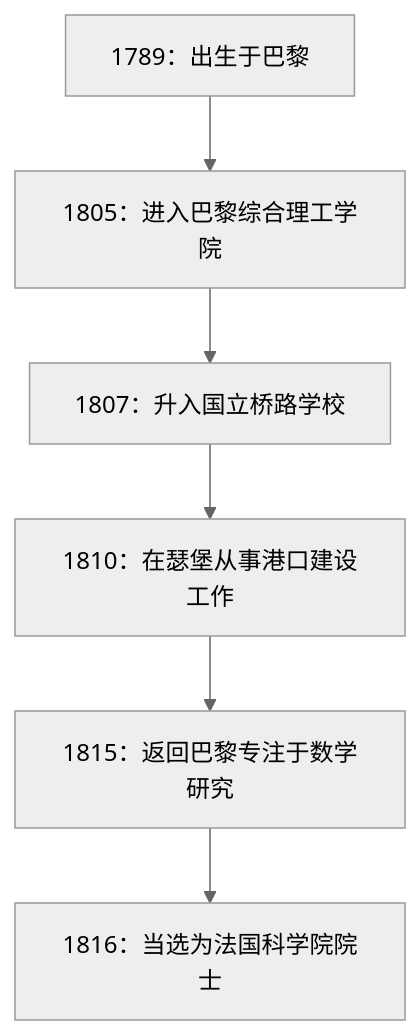
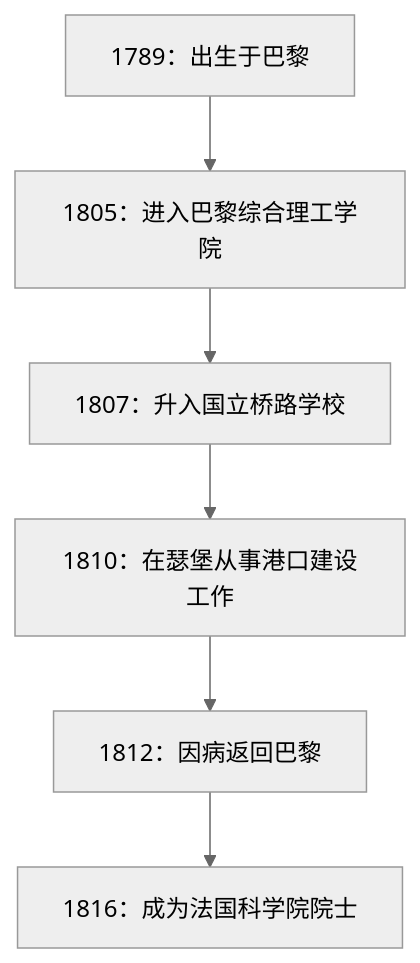
Before and after one commit to kenjinote/blog: the diagram in content/post/cauchy/index.zh-cn.md, drawn with Mermaid (neutral theme). The commit also changed other lines of this file and 14 other files, not shown here.

````diff
--- a/content/post/cauchy/index.zh-cn.md
+++ b/content/post/cauchy/index.zh-cn.md
@@ -30,8 +30,8 @@
 ```mermaid
 flowchart TD
     A["1789：出生于巴黎"] --> B["1805：进入巴黎综合理工学院"]
     B --> C["1807：升入国立桥路学校"]
     C --> D["1810：在瑟堡从事港口建设工作"]
-    D --> E["1815：返回巴黎专注于数学研究"]
-    E --> F["1816：当选为法国科学院院士"]
+    D --> E["1812：因病返回巴黎"]
+    E --> F["1816：成为法国科学院院士"]
 ```
````
